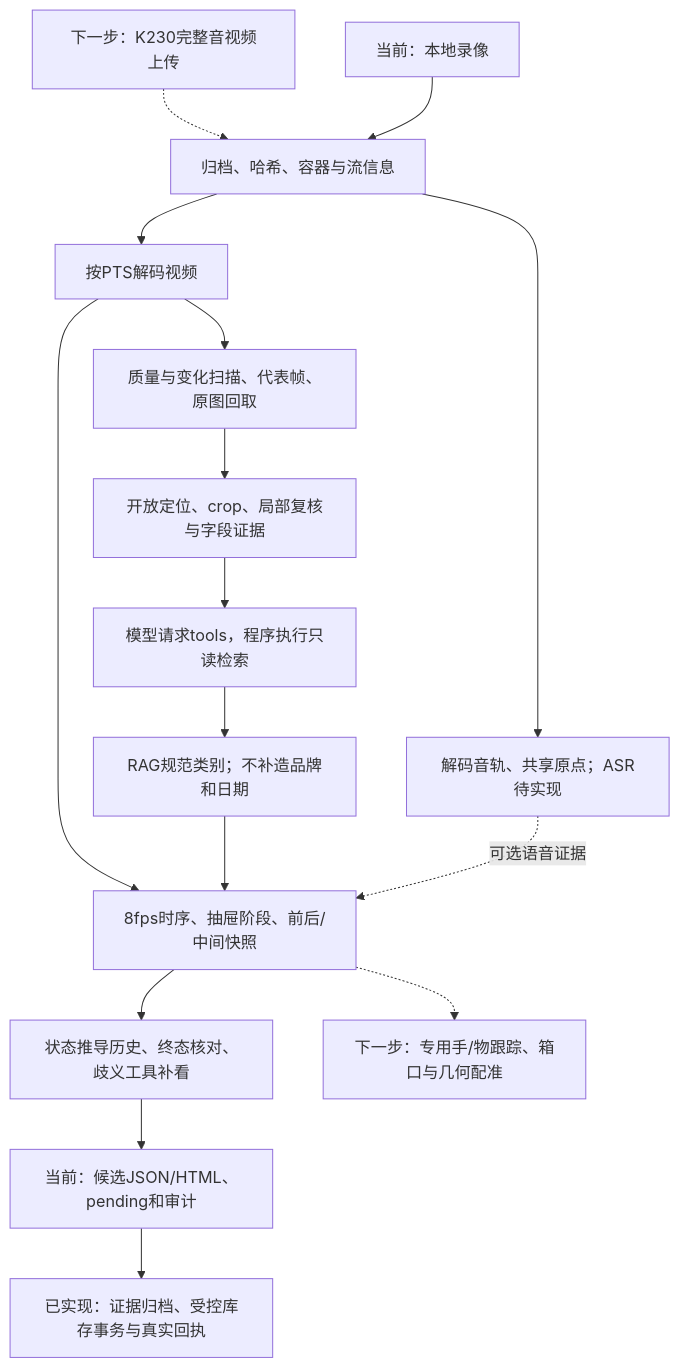
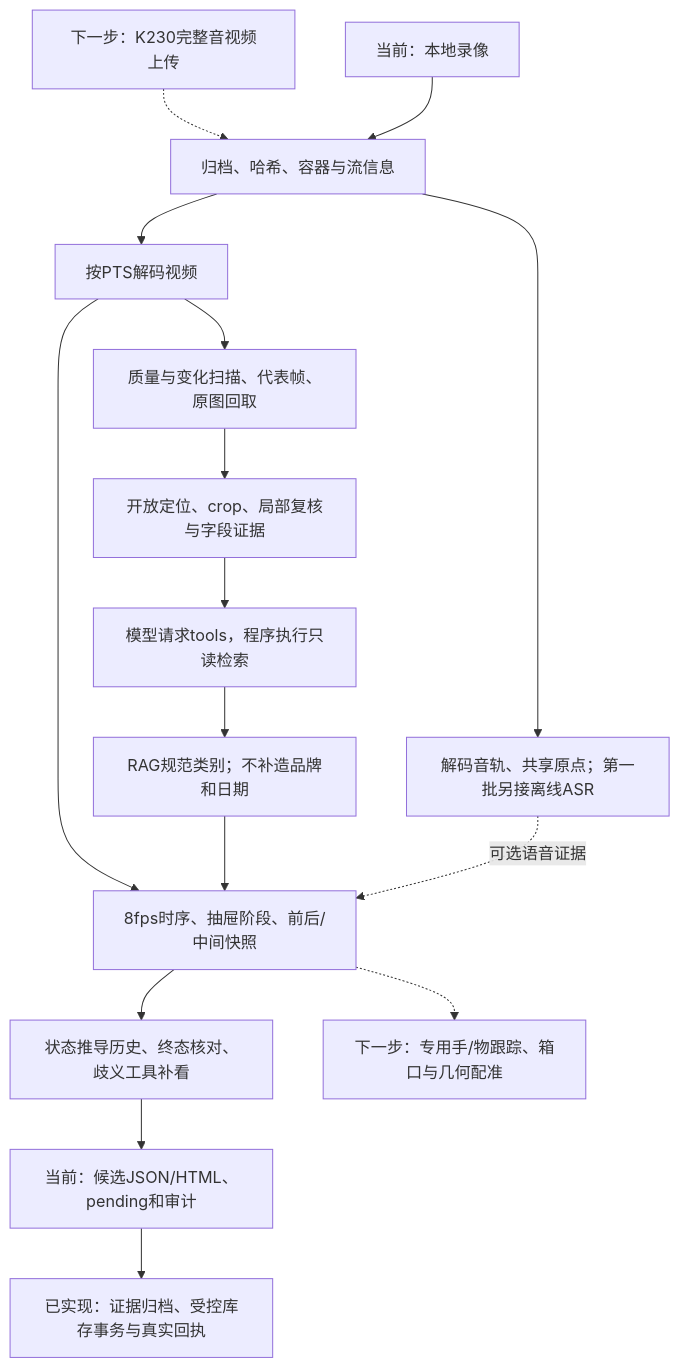
The seventh of 9 diagrams in code/doc/processing-flow.md (ZnAtom/MindBox), drawn with Mermaid before and after one commit. The commit also changed other lines of this file and 53 other files, not shown here.

````diff
--- a/code/doc/processing-flow.md
+++ b/code/doc/processing-flow.md
@@ -162,18 +163,18 @@
 ```mermaid
 flowchart TD
     K["下一步：K230完整音视频上传"] -.-> A["归档、哈希、容器与流信息"]
     F["当前：本地录像"] --> A
     A --> V["按PTS解码视频"]
-    A --> U["解码音轨、共享原点；ASR待实现"]
+    A --> U["解码音轨、共享原点；第一批另接离线ASR"]
     V --> Q["质量与变化扫描、代表帧、原图回取"]
     Q --> O["开放定位、crop、局部复核与字段证据"]
     O --> T["模型请求tools，程序执行只读检索"]
     T --> N["RAG规范类别；不补造品牌和日期"]
     V --> H["8fps时序、抽屉阶段、前后/中间快照"]
     N --> H
     H --> J["状态推导历史、终态核对、歧义工具补看"]
     J --> R["当前：候选JSON/HTML、pending和审计"]
     U -. "可选语音证据" .-> H
     H -.-> T2["下一步：专用手/物跟踪、箱口与几何配准"]
     R --> DB["已实现：证据归档、受控库存事务与真实回执"]
 ```
````
